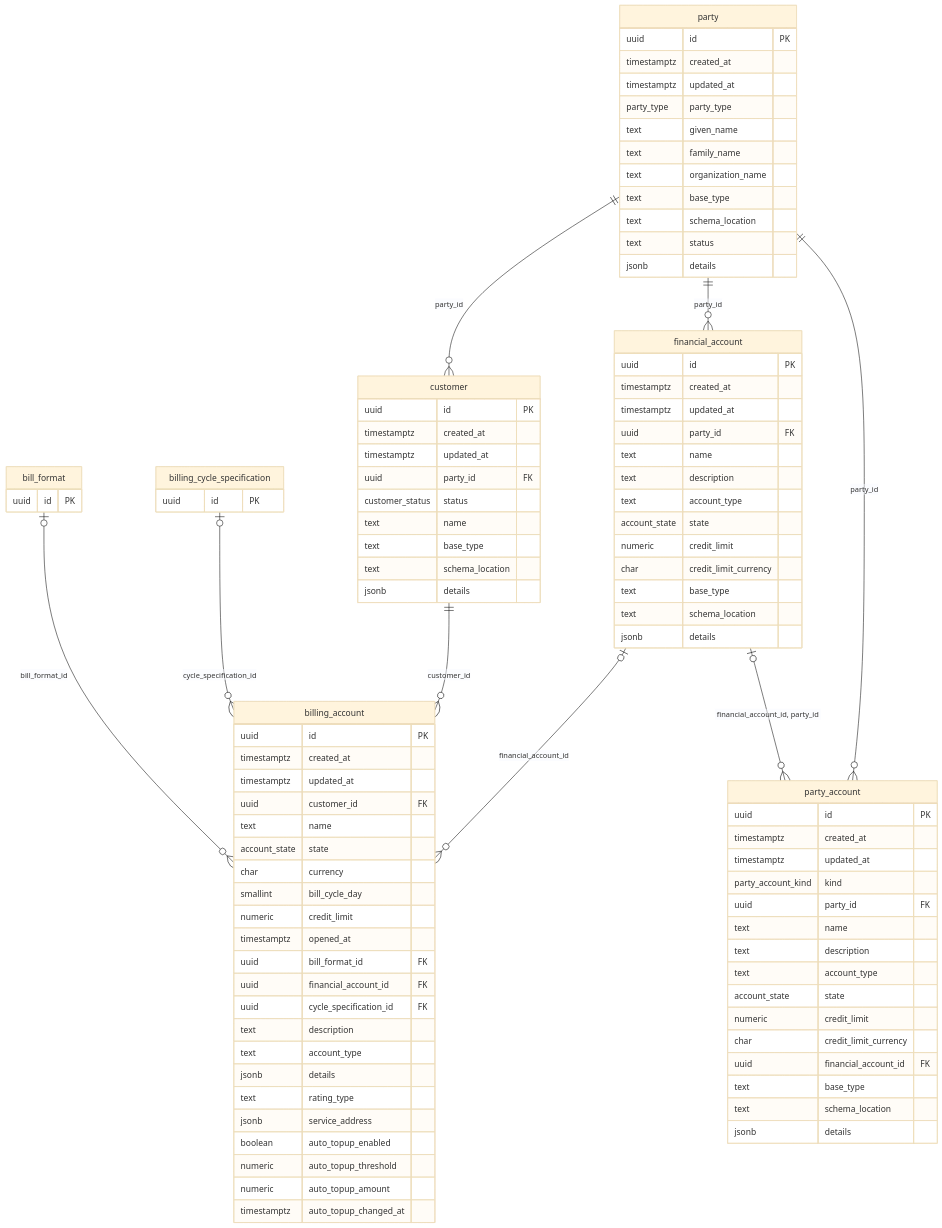
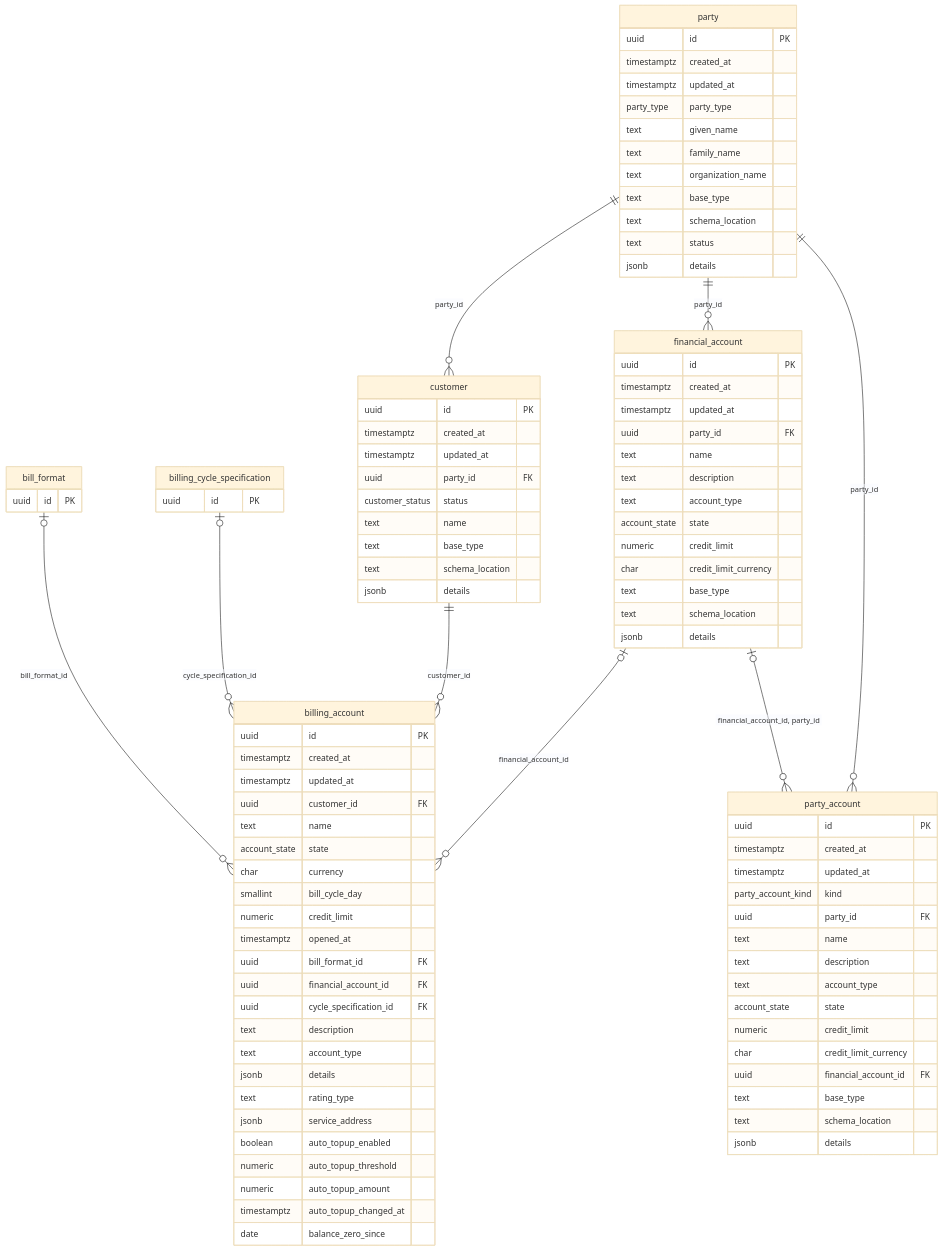
Before and after one commit to altharmz/bss: the second of 9 diagrams in docs/db/README.md, drawn with Mermaid (base theme). The commit also changed other lines of this file and 35 other files, not shown here.

```diff
--- a/docs/db/README.md
+++ b/docs/db/README.md
@@ -354,6 +361,7 @@
     numeric auto_topup_threshold
     numeric auto_topup_amount
     timestamptz auto_topup_changed_at
+    date balance_zero_since
   }
   financial_account {
     uuid id PK
```
